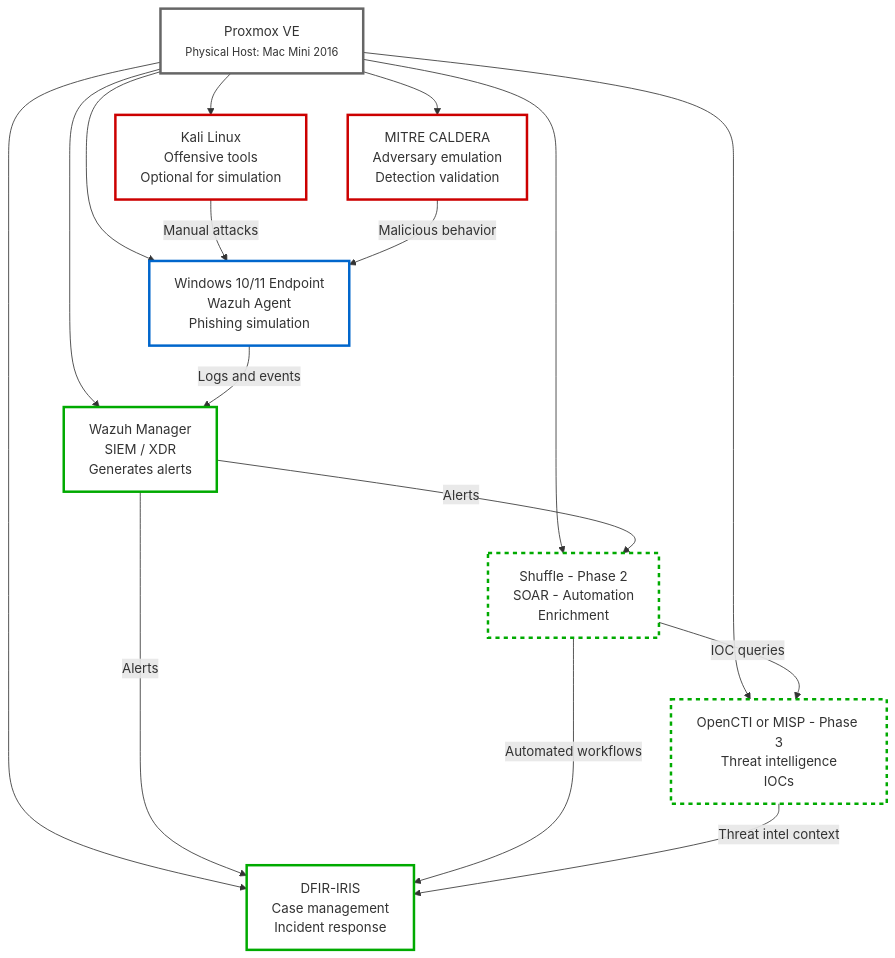
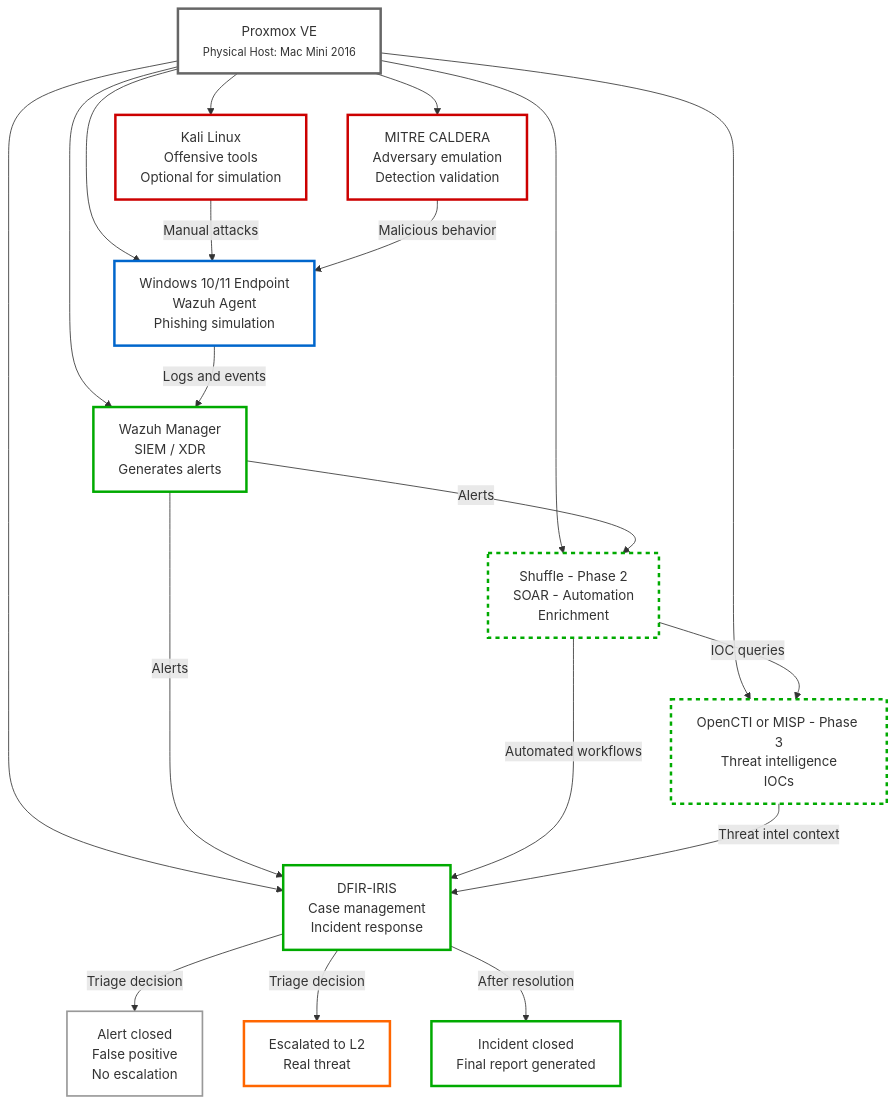
One commit to moabdib2000/hybrid-soc-lab changed the diagram in README.md. Above: the diagram before and after it, drawn with Mermaid.

Commit message:
Add new states and styles to README diagram

````diff
--- a/README.md
+++ b/README.md
@@ -17,39 +17,50 @@
 ```mermaid
 graph TD
     P[Proxmox VE<br/><small>Physical Host: Mac Mini 2016</small>]
 
     W["Windows 10/11 Endpoint<br>Wazuh Agent<br>Phishing simulation"]
     K["Kali Linux<br>Offensive tools<br>Optional for simulation"]
     C["MITRE CALDERA<br>Adversary emulation<br>Detection validation"]
     WAZ["Wazuh Manager<br>SIEM / XDR<br>Generates alerts"]
     IRIS["DFIR-IRIS<br>Case management<br>Incident response"]
     SH["Shuffle - Phase 2<br>SOAR - Automation<br>Enrichment"]
     TI["OpenCTI or MISP - Phase 3<br>Threat intelligence<br>IOCs"]
+
+    CLOSED["Alert closed<br>False positive<br>No escalation"]
+    ESCALATED["Escalated to L2<br>Real threat"]
+    REPORT["Incident closed<br>Final report generated"]
 
     P --> W
     P --> K
     P --> C
     P --> WAZ
     P --> IRIS
     P --> SH
     P --> TI
 
     W -->|Logs and events| WAZ
     K -->|Manual attacks| W
     C -->|Malicious behavior| W
     WAZ -->|Alerts| IRIS
     WAZ -->|Alerts| SH
     SH -->|Automated workflows| IRIS
     SH -->|IOC queries| TI
     TI -->|Threat intel context| IRIS
 
+    IRIS -->|Triage decision| CLOSED
+    IRIS -->|Triage decision| ESCALATED
+    IRIS -->|After resolution| REPORT
+
     style P stroke:#666,stroke-width:3px,fill:none
     style W stroke:#0066cc,stroke-width:3px,fill:none
     style K stroke:#cc0000,stroke-width:3px,fill:none
     style C stroke:#cc0000,stroke-width:3px,fill:none
     style WAZ stroke:#00aa00,stroke-width:3px,fill:none
     style IRIS stroke:#00aa00,stroke-width:3px,fill:none
     style SH stroke:#00aa00,stroke-width:3px,stroke-dasharray: 5 5,fill:none
     style TI stroke:#00aa00,stroke-width:3px,stroke-dasharray: 5 5,fill:none
+    style CLOSED stroke:#999,stroke-width:2px,fill:none
+    style ESCALATED stroke:#ff6600,stroke-width:3px,fill:none
+    style REPORT stroke:#00aa00,stroke-width:3px,fill:none
 
 ```
````
